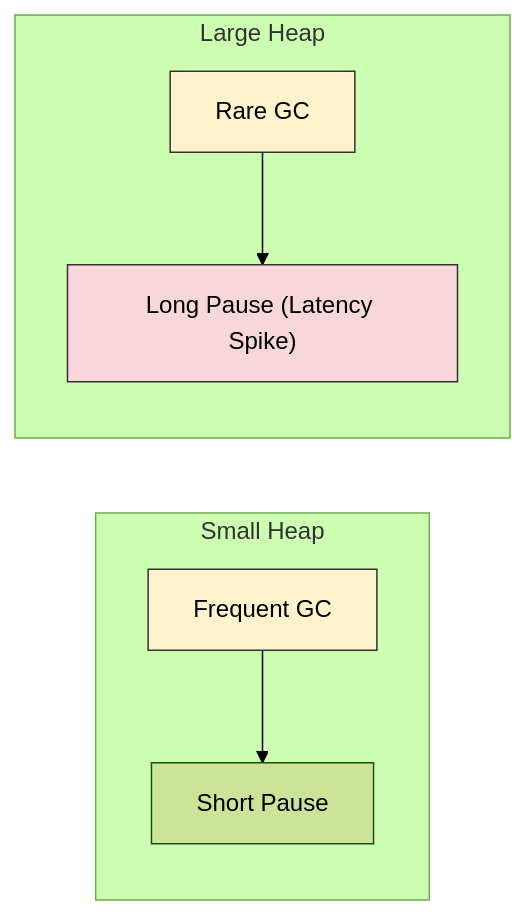
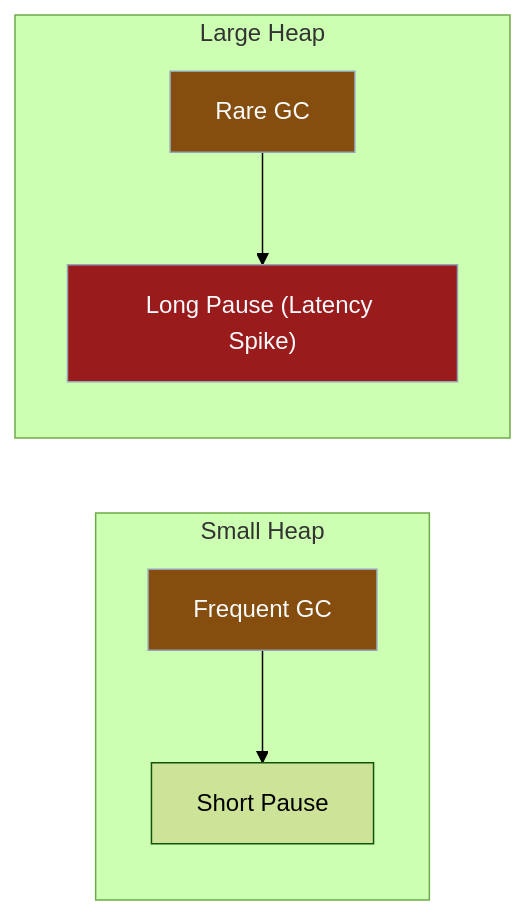
Before and after one commit to Kang-Hyesung/kang-hyesung.github.io: the second of 2 diagrams in _posts/java/08-gc/2026-01-18-도달-가능성-분석.md, drawn with Mermaid (forest theme). The commit also changed other lines of this file and 74 other files, not shown here.

Commit message:
docs: update post visibility and mermaid colors

````diff
--- a/_posts/java/08-gc/2026-01-18-도달-가능성-분석.md
+++ b/_posts/java/08-gc/2026-01-18-도달-가능성-분석.md
@@ -138,15 +138,15 @@
 ```mermaid
 graph LR
     subgraph "Small Heap"
     A1["Frequent GC"] --> B1["Short Pause"]
     end
 
     subgraph "Large Heap"
     A2["Rare GC"] --> B2["Long Pause (Latency Spike)"]
     end
     
-    style A1 fill:#fff3cd,stroke:#333
-    style A2 fill:#fff3cd,stroke:#333
-    style B2 fill:#f8d7da,stroke:#333
+    style A1 fill:#854d0e,stroke:#94a3b8,color:#f8fafc
+    style A2 fill:#854d0e,stroke:#94a3b8,color:#f8fafc
+    style B2 fill:#991b1b,stroke:#94a3b8,color:#f8fafc
 
 ```
````
